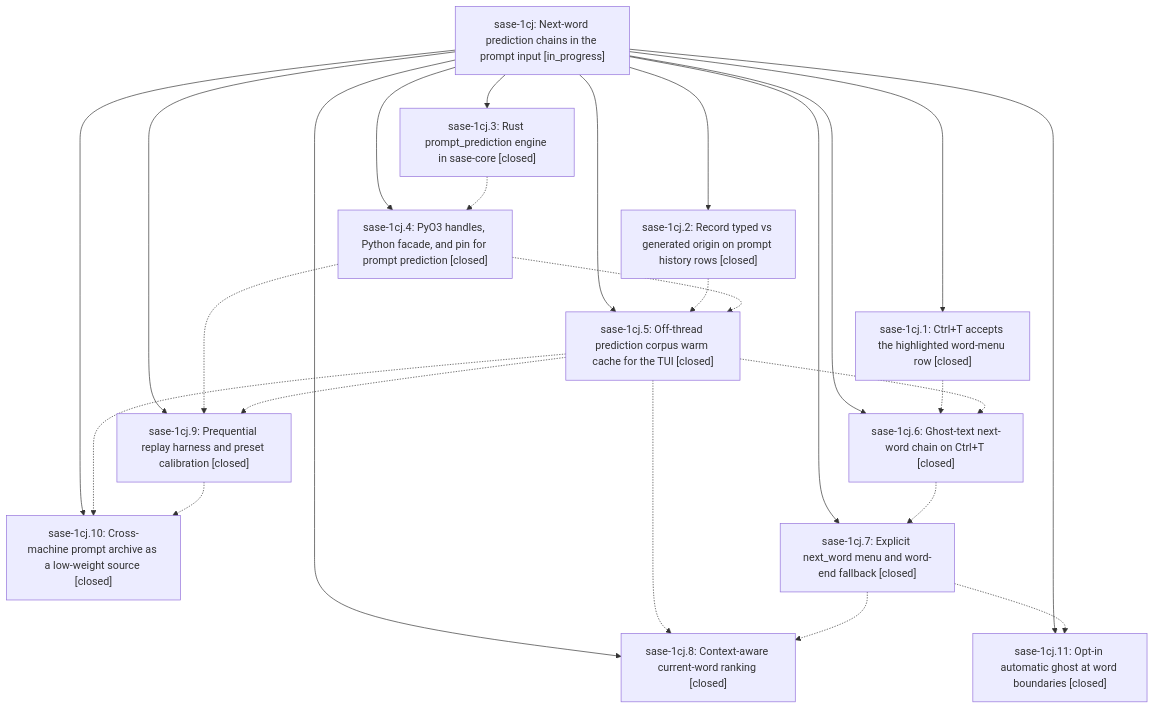
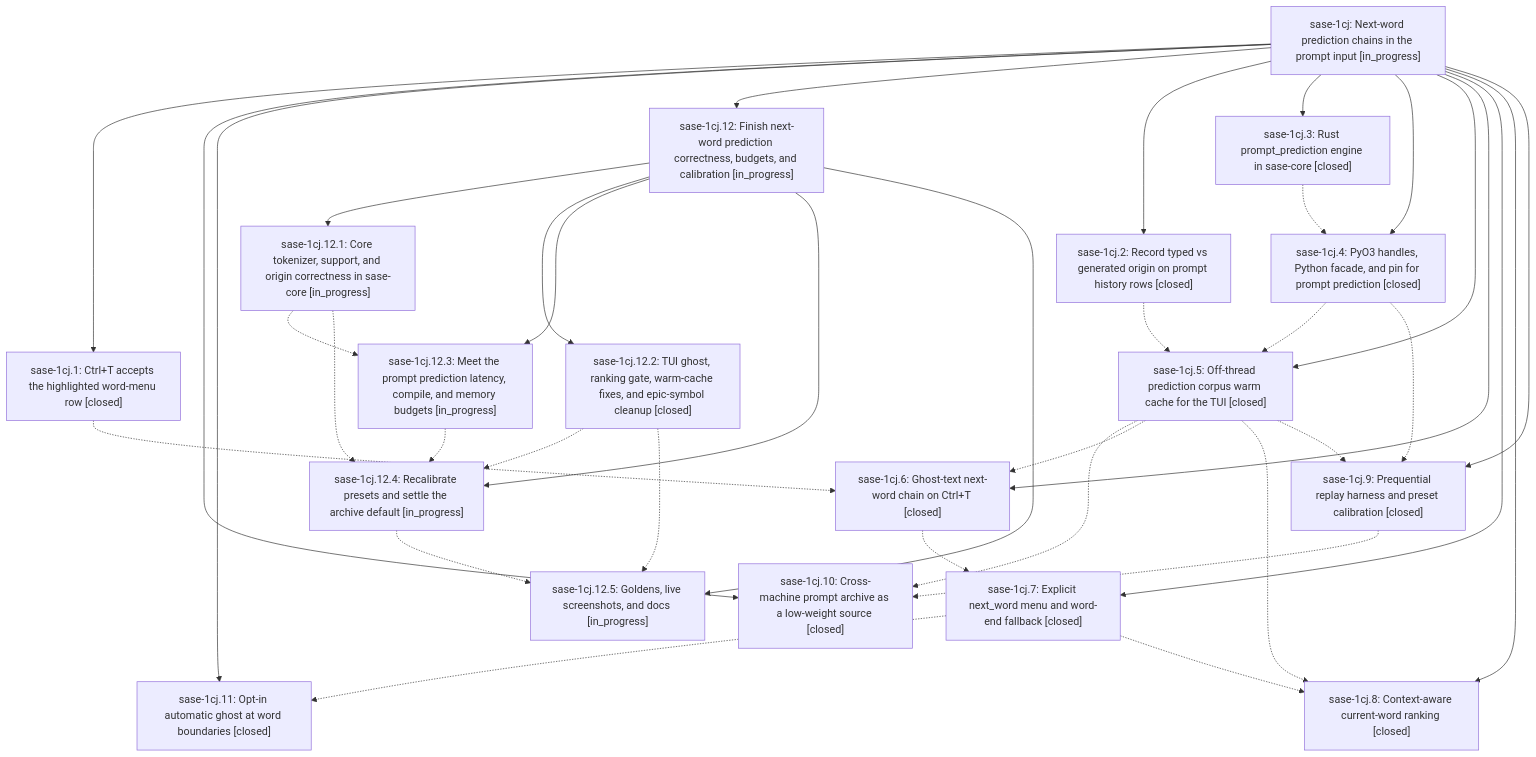
One commit to sase-org/sase--beads changed the diagram in pages/sase-1cj/README.md. Above: the diagram before and after it, drawn with Mermaid. The commit also changed other lines of this file and 7 other files, not shown here.

````diff
--- a/pages/sase-1cj/README.md
+++ b/pages/sase-1cj/README.md
@@ -46,39 +52,57 @@
 ```mermaid
 flowchart TD
     n0["sase-1cj: Next-word prediction chains in the prompt input [in_progress]"]
     n1["sase-1cj.1: Ctrl+T accepts the highlighted word-menu row [closed]"]
     n2["sase-1cj.10: Cross-machine prompt archive as a low-weight source [closed]"]
     n3["sase-1cj.11: Opt-in automatic ghost at word boundaries [closed]"]
-    n4["sase-1cj.2: Record typed vs generated origin on prompt history rows [closed]"]
-    n5["sase-1cj.3: Rust prompt_prediction engine in sase-core [closed]"]
-    n6["sase-1cj.4: PyO3 handles, Python facade, and pin for prompt prediction [closed]"]
-    n7["sase-1cj.5: Off-thread prediction corpus warm cache for the TUI [closed]"]
-    n8["sase-1cj.6: Ghost-text next-word chain on Ctrl+T [closed]"]
-    n9["sase-1cj.7: Explicit next_word menu and word-end fallback [closed]"]
-    n10["sase-1cj.8: Context-aware current-word ranking [closed]"]
-    n11["sase-1cj.9: Prequential replay harness and preset calibration [closed]"]
+    n4["sase-1cj.12: Finish next-word prediction correctness, budgets, and calibration [in_progress]"]
+    n5["sase-1cj.12.1: Core tokenizer, support, and origin correctness in sase-core [in_progress]"]
+    n6["sase-1cj.12.2: TUI ghost, ranking gate, warm-cache fixes, and epic-symbol cleanup [closed]"]
+    n7["sase-1cj.12.3: Meet the prompt prediction latency, compile, and memory budgets [in_progress]"]
+    n8["sase-1cj.12.4: Recalibrate presets and settle the archive default [in_progress]"]
+    n9["sase-1cj.12.5: Goldens, live screenshots, and docs [in_progress]"]
+    n10["sase-1cj.2: Record typed vs generated origin on prompt history rows [closed]"]
+    n11["sase-1cj.3: Rust prompt_prediction engine in sase-core [closed]"]
+    n12["sase-1cj.4: PyO3 handles, Python facade, and pin for prompt prediction [closed]"]
+    n13["sase-1cj.5: Off-thread prediction corpus warm cache for the TUI [closed]"]
+    n14["sase-1cj.6: Ghost-text next-word chain on Ctrl+T [closed]"]
+    n15["sase-1cj.7: Explicit next_word menu and word-end fallback [closed]"]
+    n16["sase-1cj.8: Context-aware current-word ranking [closed]"]
+    n17["sase-1cj.9: Prequential replay harness and preset calibration [closed]"]
     n0 --> n1
     n0 --> n2
     n0 --> n3
     n0 --> n4
-    n0 --> n5
-    n0 --> n6
-    n0 --> n7
-    n0 --> n8
-    n0 --> n9
+    n4 --> n5
+    n4 --> n6
+    n4 --> n7
+    n4 --> n8
+    n4 --> n9
     n0 --> n10
     n0 --> n11
-    n1 -.-> n8
-    n4 -.-> n7
-    n5 -.-> n6
-    n6 -.-> n7
-    n6 -.-> n11
-    n7 -.-> n2
+    n0 --> n12
+    n0 --> n13
+    n0 --> n14
+    n0 --> n15
+    n0 --> n16
+    n0 --> n17
+    n1 -.-> n14
+    n5 -.-> n7
+    n5 -.-> n8
+    n6 -.-> n8
+    n6 -.-> n9
     n7 -.-> n8
-    n7 -.-> n10
-    n7 -.-> n11
     n8 -.-> n9
-    n9 -.-> n3
-    n9 -.-> n10
-    n11 -.-> n2
+    n10 -.-> n13
+    n11 -.-> n12
+    n12 -.-> n13
+    n12 -.-> n17
+    n13 -.-> n2
+    n13 -.-> n14
+    n13 -.-> n16
+    n13 -.-> n17
+    n14 -.-> n15
+    n15 -.-> n3
+    n15 -.-> n16
+    n17 -.-> n2
 ```
````
